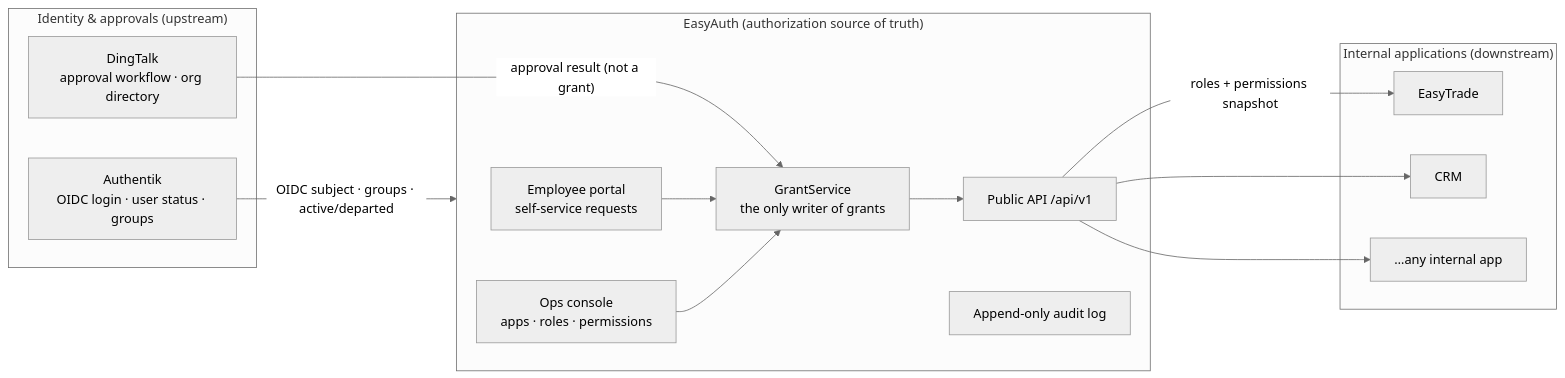
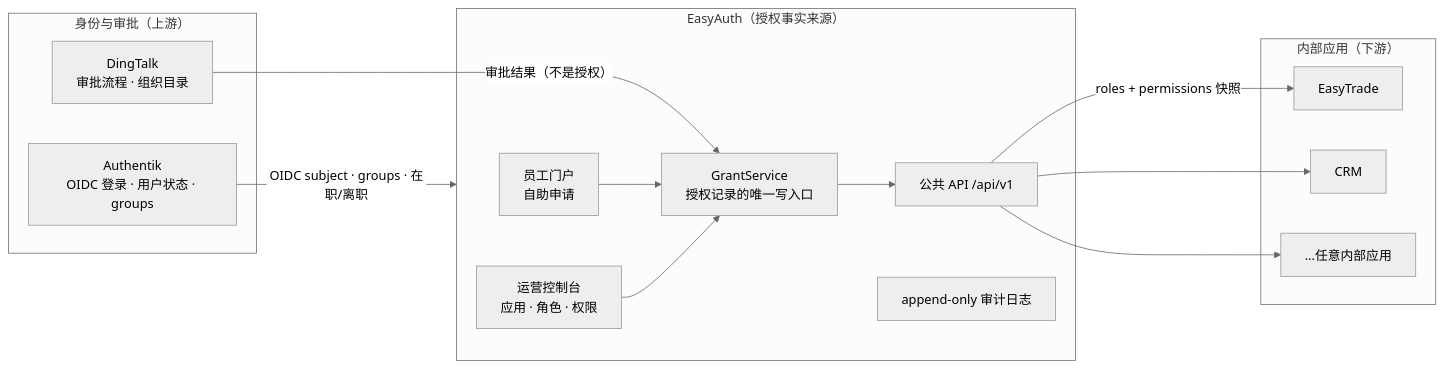
One commit to 12dora/EasyAuth changed the diagram in README.md. Above: the diagram before and after it, drawn with Mermaid (neutral theme). The commit also changed other lines of this file and 20 other files, not shown here.

````diff
--- a/README.md
+++ b/README.md
@@ -88,30 +75,30 @@
 ```mermaid
 flowchart LR
-  subgraph Upstream["Identity & approvals (upstream)"]
-    AK["Authentik<br/>OIDC login · user status · groups"]
-    DT["DingTalk<br/>approval workflow · org directory"]
+  subgraph Upstream["身份与审批（上游）"]
+    AK["Authentik<br/>OIDC 登录 · 用户状态 · groups"]
+    DT["DingTalk<br/>审批流程 · 组织目录"]
   end
 
-  subgraph EA["EasyAuth (authorization source of truth)"]
-    Portal["Employee portal<br/>self-service requests"]
-    Console["Ops console<br/>apps · roles · permissions"]
-    Grant["GrantService<br/>the only writer of grants"]
-    API["Public API /api/v1"]
-    Audit["Append-only audit log"]
+  subgraph EA["EasyAuth（授权事实来源）"]
+    Portal["员工门户<br/>自助申请"]
+    Console["运营控制台<br/>应用 · 角色 · 权限"]
+    Grant["GrantService<br/>授权记录的唯一写入口"]
+    API["公共 API /api/v1"]
+    Audit["append-only 审计日志"]
   end
 
-  subgraph Down["Internal applications (downstream)"]
+  subgraph Down["内部应用（下游）"]
     App1["EasyTrade"]
     App2["CRM"]
-    AppN["…any internal app"]
+    AppN["…任意内部应用"]
   end
 
-  AK -- "OIDC subject · groups · active/departed" --> EA
-  DT -- "approval result (not a grant)" --> Grant
+  AK -- "OIDC subject · groups · 在职/离职" --> EA
+  DT -- "审批结果（不是授权）" --> Grant
   Portal --> Grant
   Console --> Grant
   Grant --> API
-  API -- "roles + permissions snapshot" --> App1
+  API -- "roles + permissions 快照" --> App1
   API --> App2
   API --> AppN
 ```
````
